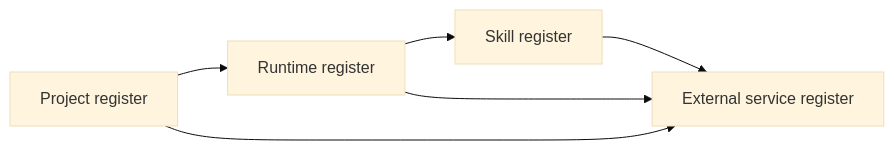
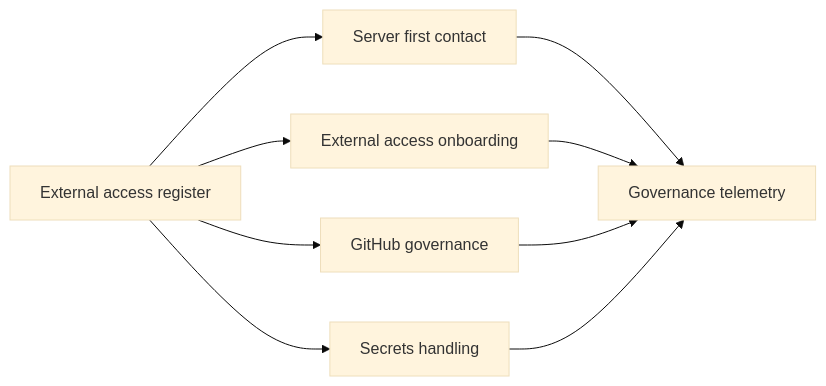
The third of 4 diagrams in docs/architecture.md (oscar26aiagent-creator/yellow-control), drawn with Mermaid (base theme) before and after one commit. The commit also changed other lines of this file and 2 other files, not shown here.

Commit message:
Expand README and architecture for narrowed Yellow-Control scope

````diff
--- a/docs/architecture.md
+++ b/docs/architecture.md
@@ -36,8 +40,11 @@
 ```mermaid
 flowchart LR
-  P[Project register] --> R[Runtime register]
-  R --> S[Skill register]
-  S --> E[External service register]
-  P --> E
-  R --> E
+  A[External access register] --> B[Server first contact]
+  A --> C[External access onboarding]
+  A --> D[GitHub governance]
+  A --> E[Secrets handling]
+  B --> F[Governance telemetry]
+  C --> F
+  D --> F
+  E --> F
 ```
````
